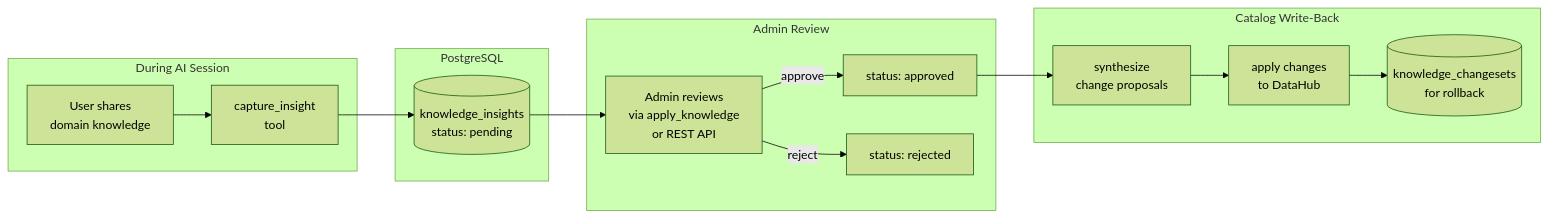
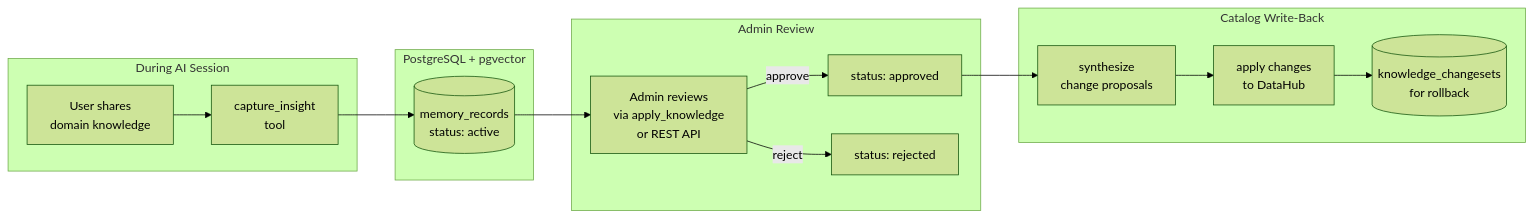
One commit to txn2/mcp-data-platform changed the first of 3 diagrams in docs/knowledge/overview.md. Above: the diagram before and after it, drawn with Mermaid (forest theme). The commit also changed other lines of this file and 76 other files, not shown here.

````diff
--- a/docs/knowledge/overview.md
+++ b/docs/knowledge/overview.md
@@ -19,22 +22,22 @@
 ```mermaid
 flowchart LR
     subgraph "During AI Session"
         A[User shares<br/>domain knowledge] --> B[capture_insight<br/>tool]
     end
 
-    subgraph "PostgreSQL"
-        B --> C[(knowledge_insights<br/>status: pending)]
+    subgraph "PostgreSQL + pgvector"
+        B --> C[(memory_records<br/>status: active)]
     end
 
     subgraph "Admin Review"
         C --> D[Admin reviews<br/>via apply_knowledge<br/>or REST API]
         D -->|approve| E[status: approved]
         D -->|reject| F[status: rejected]
     end
 
     subgraph "Catalog Write-Back"
         E --> G[synthesize<br/>change proposals]
         G --> H[apply changes<br/>to DataHub]
         H --> I[(knowledge_changesets<br/>for rollback)]
     end
 ```
````
